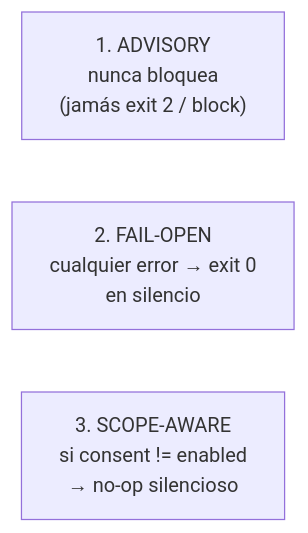
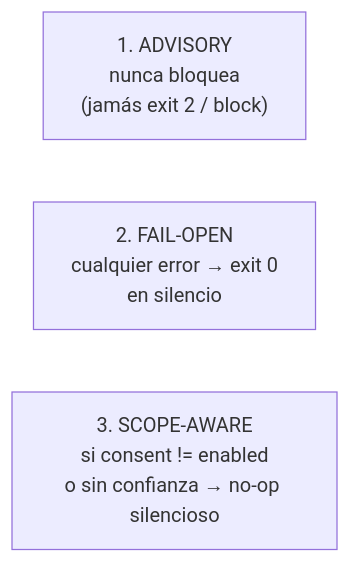
Before and after one commit to Kolimar/leina: the first of 3 diagrams in docs/i18n/es/concepts/06-hooks-e-inyeccion.md, drawn with Mermaid. The commit also changed other lines of this file and 4 other files, not shown here.

````diff
--- a/docs/i18n/es/concepts/06-hooks-e-inyeccion.md
+++ b/docs/i18n/es/concepts/06-hooks-e-inyeccion.md
@@ -34,6 +34,6 @@
 ```mermaid
 flowchart LR
     a["1. ADVISORY<br/>nunca bloquea<br/>(jamás exit 2 / block)"]
     b["2. FAIL-OPEN<br/>cualquier error → exit 0<br/>en silencio"]
-    c["3. SCOPE-AWARE<br/>si consent != enabled<br/>→ no-op silencioso"]
+    c["3. SCOPE-AWARE<br/>si consent != enabled<br/>o sin confianza → no-op silencioso"]
 ```
````
